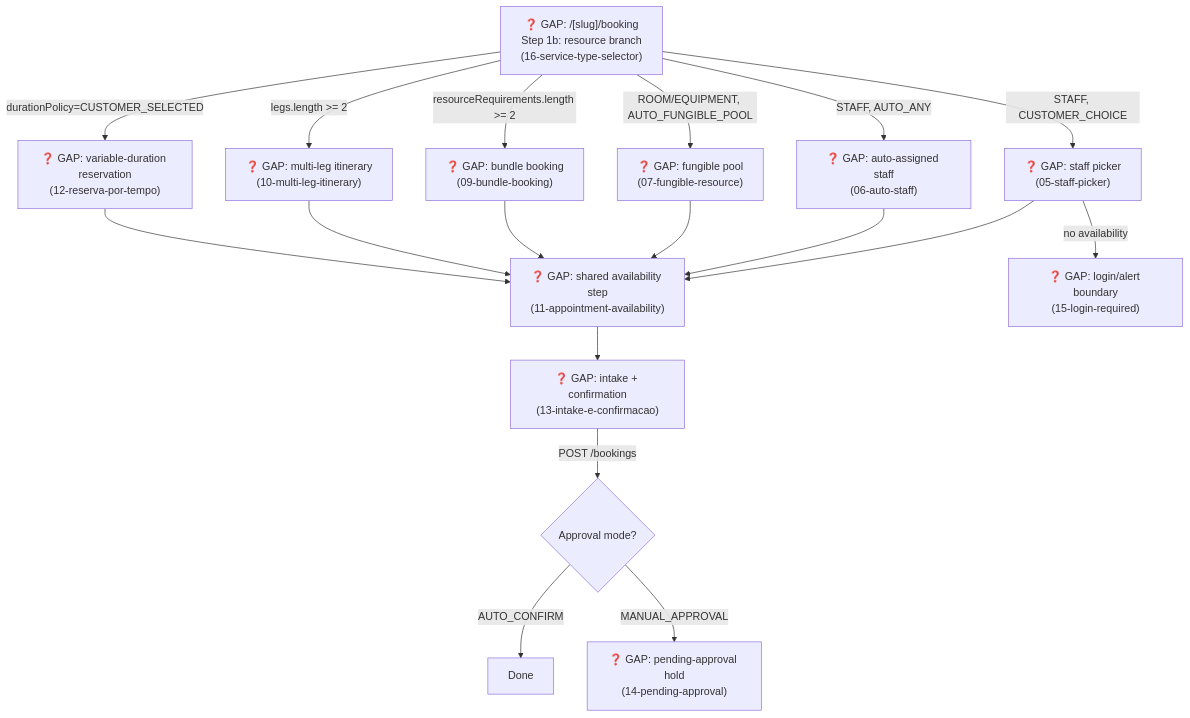
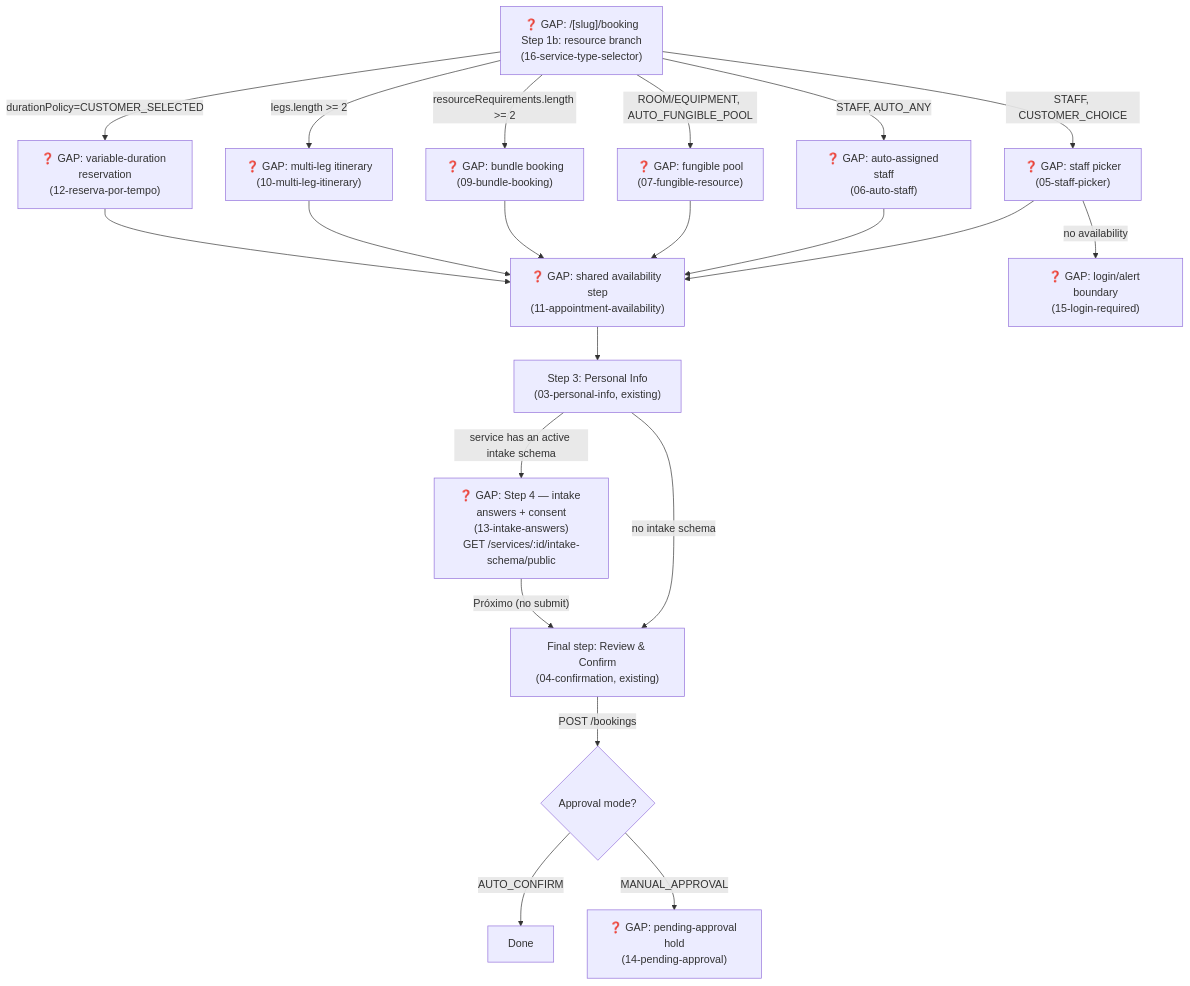
The second of 2 diagrams in plan/journey/guest/book-a-service.md (lmmoreira/ikaro), drawn with Mermaid before and after one commit. The commit also changed other lines of this file and 26 other files, not shown here.

First line of the commit message:
docs(plan): make booking intake its own step after Personal Info in guest/customer journeys and M23-S11

````diff
--- a/plan/journey/guest/book-a-service.md
+++ b/plan/journey/guest/book-a-service.md
@@ -57,25 +57,28 @@
 ```mermaid
 flowchart TD
     classDef gap stroke:#f00,stroke-dasharray: 5 5,fill:#fee
 
     S1b["❓ GAP: /[slug]/booking<br/>Step 1b: resource branch<br/>(16-service-type-selector)"] -->|"STAFF, CUSTOMER_CHOICE"| StaffPicker["❓ GAP: staff picker<br/>(05-staff-picker)"]
     S1b -->|"STAFF, AUTO_ANY"| AutoStaff["❓ GAP: auto-assigned staff<br/>(06-auto-staff)"]
     S1b -->|"ROOM/EQUIPMENT, AUTO_FUNGIBLE_POOL"| Fungible["❓ GAP: fungible pool<br/>(07-fungible-resource)"]
     S1b -->|"resourceRequirements.length >= 2"| Bundle["❓ GAP: bundle booking<br/>(09-bundle-booking)"]
     S1b -->|"legs.length >= 2"| MultiLeg["❓ GAP: multi-leg itinerary<br/>(10-multi-leg-itinerary)"]
     S1b -->|"durationPolicy=CUSTOMER_SELECTED"| VarDuration["❓ GAP: variable-duration reservation<br/>(12-reserva-por-tempo)"]
 
     StaffPicker --> Availability["❓ GAP: shared availability step<br/>(11-appointment-availability)"]
     AutoStaff --> Availability
     Fungible --> Availability
     Bundle --> Availability
     MultiLeg --> Availability
     VarDuration --> Availability
 
-    Availability --> Intake["❓ GAP: intake + confirmation<br/>(13-intake-e-confirmacao)"]
-    Intake -->|"POST /bookings"| Result{"Approval mode?"}
+    Availability --> S3m["Step 3: Personal Info<br/>(03-personal-info, existing)"]
+    S3m -->|"service has an active intake schema"| Intake["❓ GAP: Step 4 — intake answers + consent<br/>(13-intake-answers)<br/>GET /services/:id/intake-schema/public"]
+    S3m -->|"no intake schema"| Confirm
+    Intake -->|"Próximo (no submit)"| Confirm["Final step: Review & Confirm<br/>(04-confirmation, existing)"]
+    Confirm -->|"POST /bookings"| Result{"Approval mode?"}
     Result -->|"AUTO_CONFIRM"| Done
     Result -->|"MANUAL_APPROVAL"| Pending["❓ GAP: pending-approval hold<br/>(14-pending-approval)"]
 
     StaffPicker -->|"no availability"| LoginRequired["❓ GAP: login/alert boundary<br/>(15-login-required)"]
 ```
````
